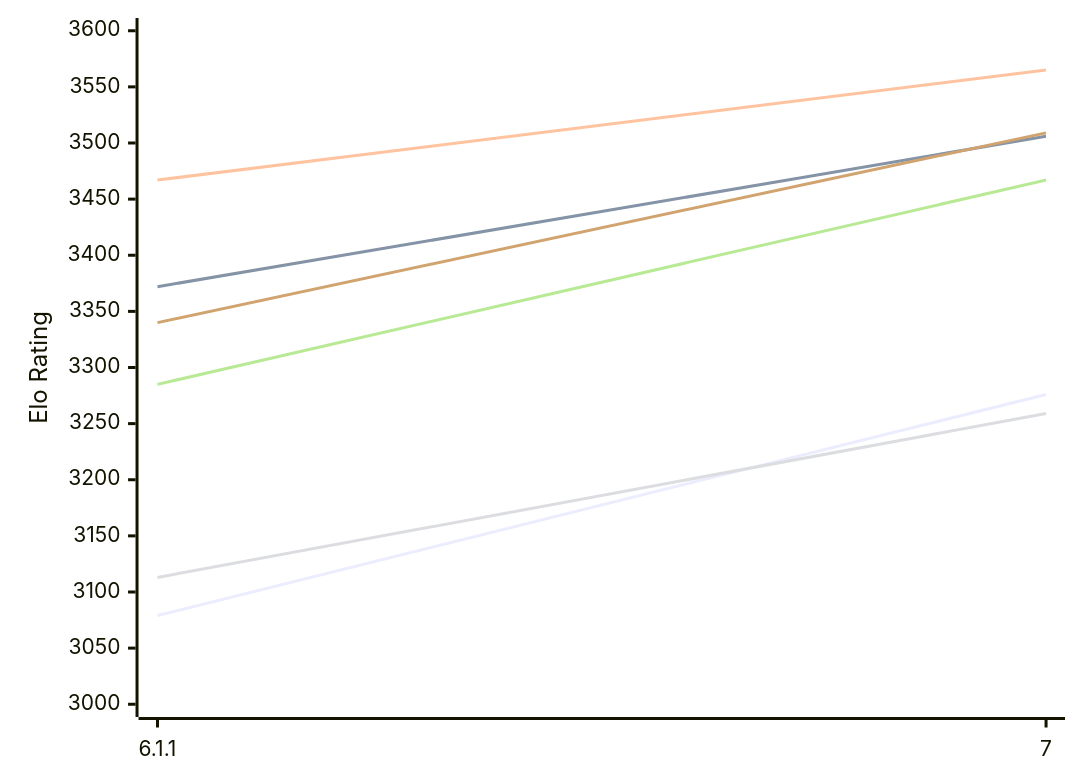
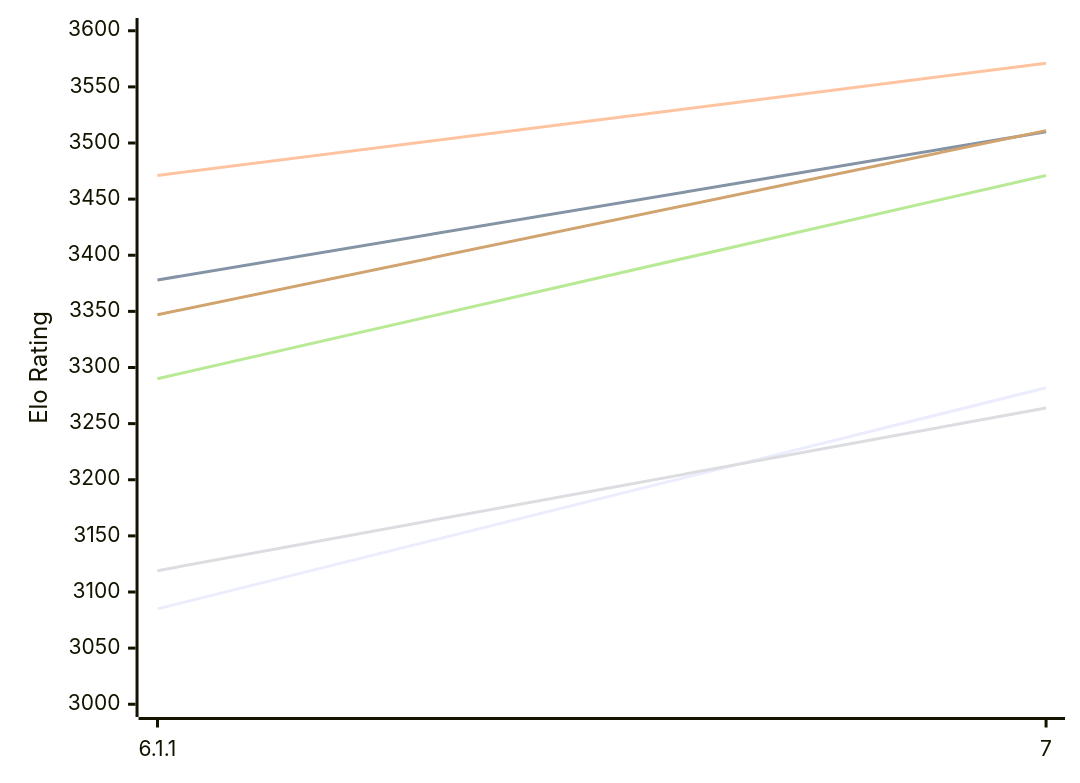
The first of 2 diagrams in engines/Zangdar.md (computer-chess-index/cci), drawn with Mermaid before and after one commit. The commit also changed other lines of this file, not shown here.

Commit message:
Update CCI Ratings (ELO VLTC) - 2026-11-20

````diff
--- a/engines/Zangdar.md
+++ b/engines/Zangdar.md
@@ -53,12 +53,12 @@
 ```mermaid
 %%{init: {"theme":"base","themeVariables":{"seriesColors:['#a3a3a3','#222221','#faa371']}}}%%
 xychart-beta
   x-axis ["6.1.1", "7"]
   y-axis "Elo Rating" 3000 --> 3600
-  line "E1: STC (8.0+0.08s)" [3079, 3276]
-  line "E1: LTC (60.0+0.60s)" [3372, 3506]
-  line "E1: VLTC (2m24s+1.12s)" [3467, 3565]
-  line "P1: STC (8.0+0.08s)" [3113, 3259]
-  line "P1: LTC (60.0+0.60s)" [3285, 3467]
-  line "P1: VLTC (2m24s+1.12s)" [3340, 3509]
+  line "E1: STC (8.0+0.08s)" [3085, 3282]
+  line "E1: LTC (60.0+0.60s)" [3378, 3510]
+  line "E1: VLTC (2m24s+1.12s)" [3471, 3571]
+  line "P1: STC (8.0+0.08s)" [3119, 3264]
+  line "P1: LTC (60.0+0.60s)" [3290, 3471]
+  line "P1: VLTC (2m24s+1.12s)" [3347, 3511]
 ```
````
